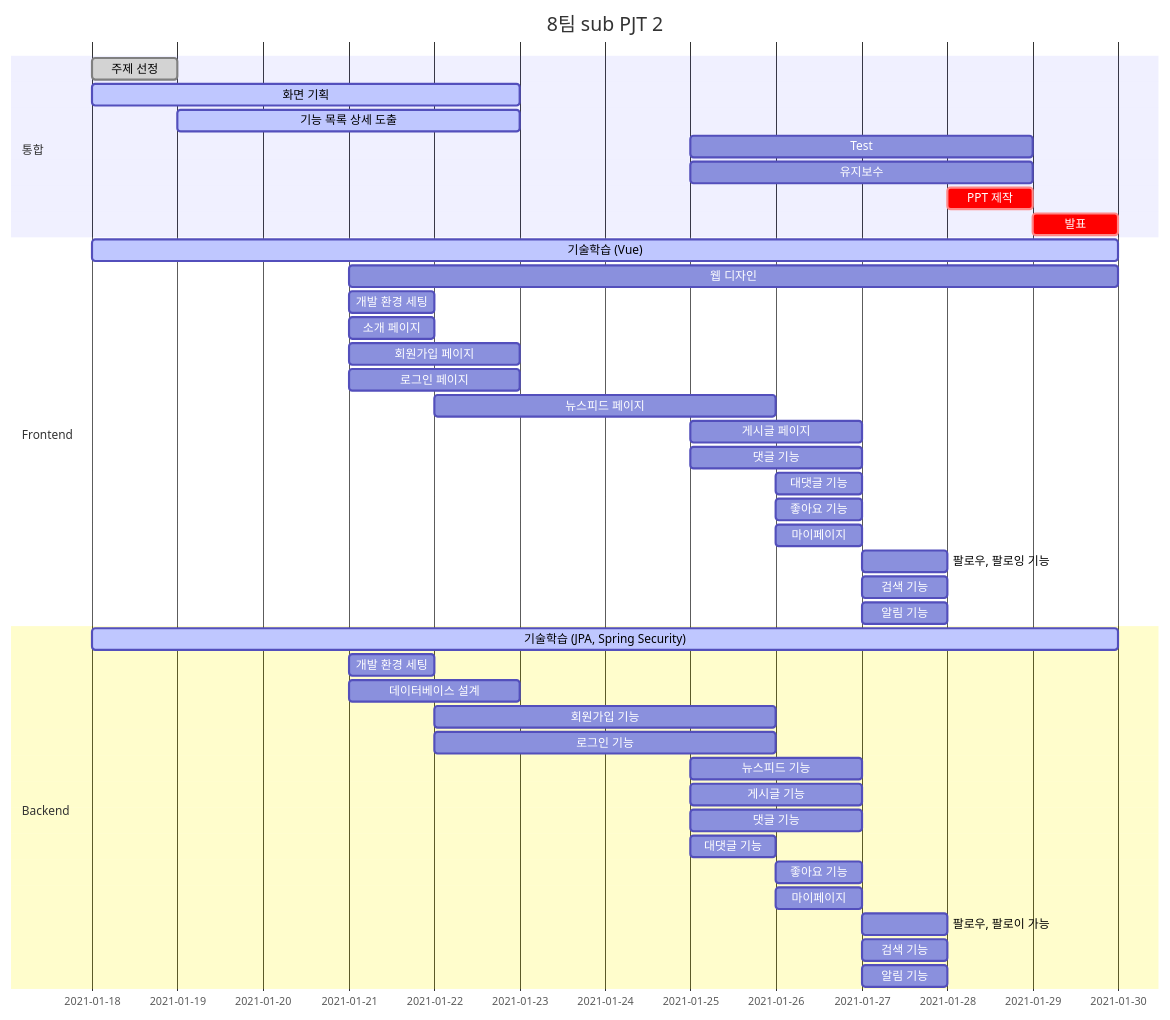
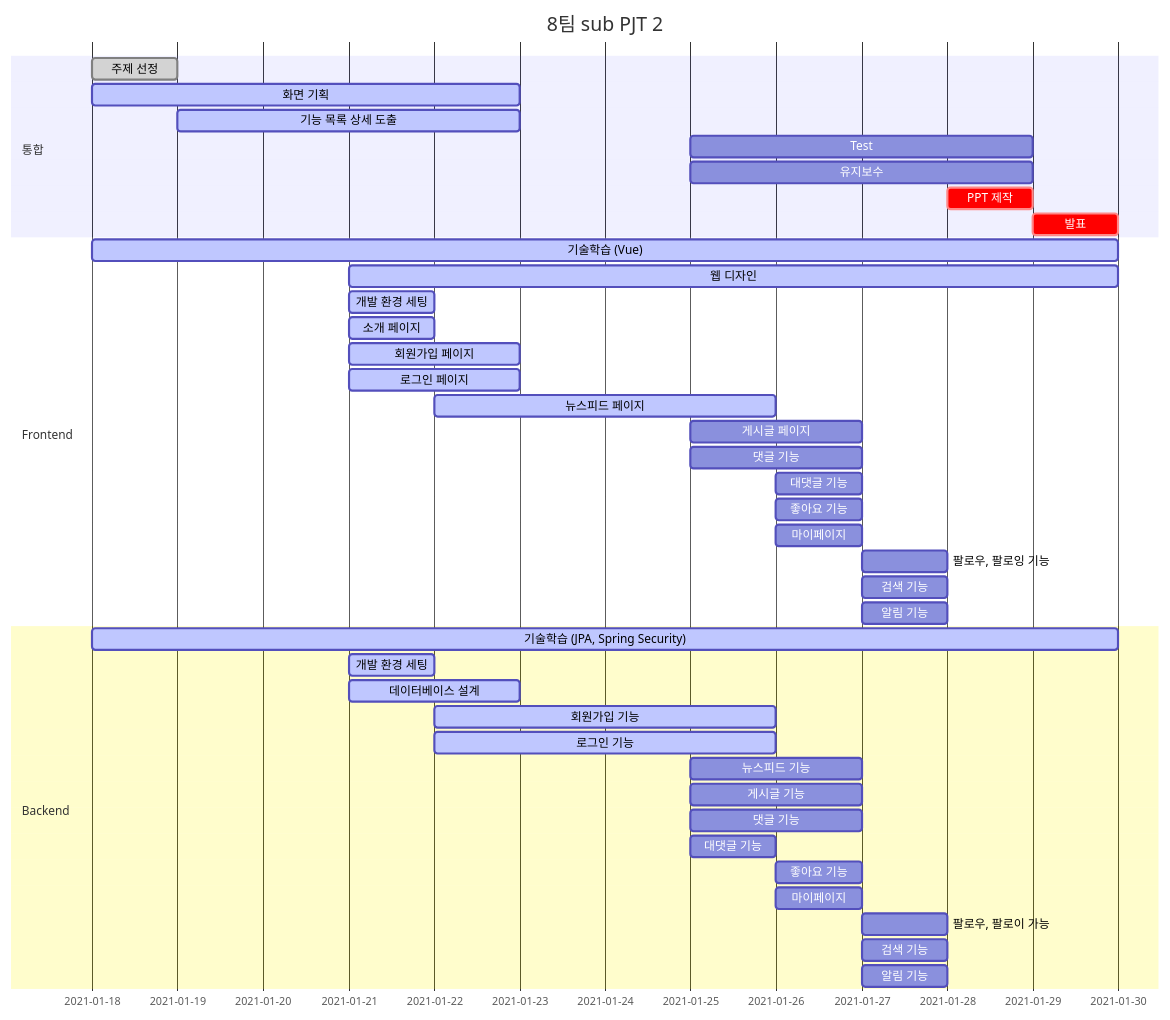
Before and after one commit to mingddo/3PM: the diagram in README.md, drawn with Mermaid. The commit also changed other lines of this file, not shown here.

````diff
--- a/README.md
+++ b/README.md
@@ -17,47 +17,47 @@
 ```mermaid
 gantt
     dateFormat  YYYY-MM-DD
     title       8팀 sub PJT 2
 
     section 통합
     주제 선정 :done,    2021-01-18, 1d
     화면 기획 :active,    2021-01-18, 5d
     기능 목록 상세 도출 :active,  2021-01-19, 4d
     Test :after, 2021-01-25, 4d
     유지보수 :after, 2021-01-25, 4d
     PPT 제작 :crit, after, 2021-01-28, 1d
     발표 :crit, after, 2021-01-29, 1d
     
     section Frontend
     기술학습 (Vue) :active, 2021-01-18, 12d
-    웹 디자인 :after, 2021-01-21, 9d
-    개발 환경 세팅 :after, 2021-01-21, 1d
-    소개 페이지 :after, 2021-01-21, 1d
-    회원가입 페이지 :after, 2021-01-21, 2d
-    로그인 페이지 :after, 2021-01-21, 2d
-    뉴스피드 페이지 :after, 2021-01-22, 4d
+    웹 디자인 :active, 2021-01-21, 9d
+    개발 환경 세팅 :active, 2021-01-21, 1d
+    소개 페이지 :active, 2021-01-21, 1d
+    회원가입 페이지 :active, 2021-01-21, 2d
+    로그인 페이지 :active, 2021-01-21, 2d
+    뉴스피드 페이지 :active, 2021-01-22, 4d
     게시글 페이지 :after, 2021-01-25, 2d
     댓글 기능 :after, 2021-01-25, 2d
     대댓글 기능 :after, 2021-01-26, 1d
     좋아요 기능 :after, 2021-01-26, 1d
     마이페이지 :after, 2021-01-26, 1d
     팔로우, 팔로잉 기능 :after, 2021-01-27, 1d
     검색 기능 :after, 2021-01-27, 1d
     알림 기능 :after, 2021-01-27, 1d
 
     section Backend
     기술학습 (JPA, Spring Security) :active, 2021-01-18, 12d
-    개발 환경 세팅 :after, 2021-01-21, 1d
-    데이터베이스 설계 :after, 2021-01-21, 2d
-    회원가입 기능 :after, 2021-01-22, 4d
-    로그인 기능 :after, 2021-01-22, 4d
+    개발 환경 세팅 :active, 2021-01-21, 1d
+    데이터베이스 설계 :active, 2021-01-21, 2d
+    회원가입 기능 :active, 2021-01-22, 4d
+    로그인 기능 :active, 2021-01-22, 4d
     뉴스피드 기능 :after, 2021-01-25, 2d
     게시글 기능 :after, 2021-01-25, 2d
     댓글 기능 :after, 2021-01-25, 2d
     대댓글 기능 :after, 2021-01-25, 1d
     좋아요 기능 :after, 2021-01-26, 1d
     마이페이지 :after, 2021-01-26, 1d
     팔로우, 팔로이 가능 :after, 2021-01-27, 1d
     검색 기능 :after, 2021-01-27, 1d
     알림 기능 :after, 2021-01-27, 1d
 ```
````
